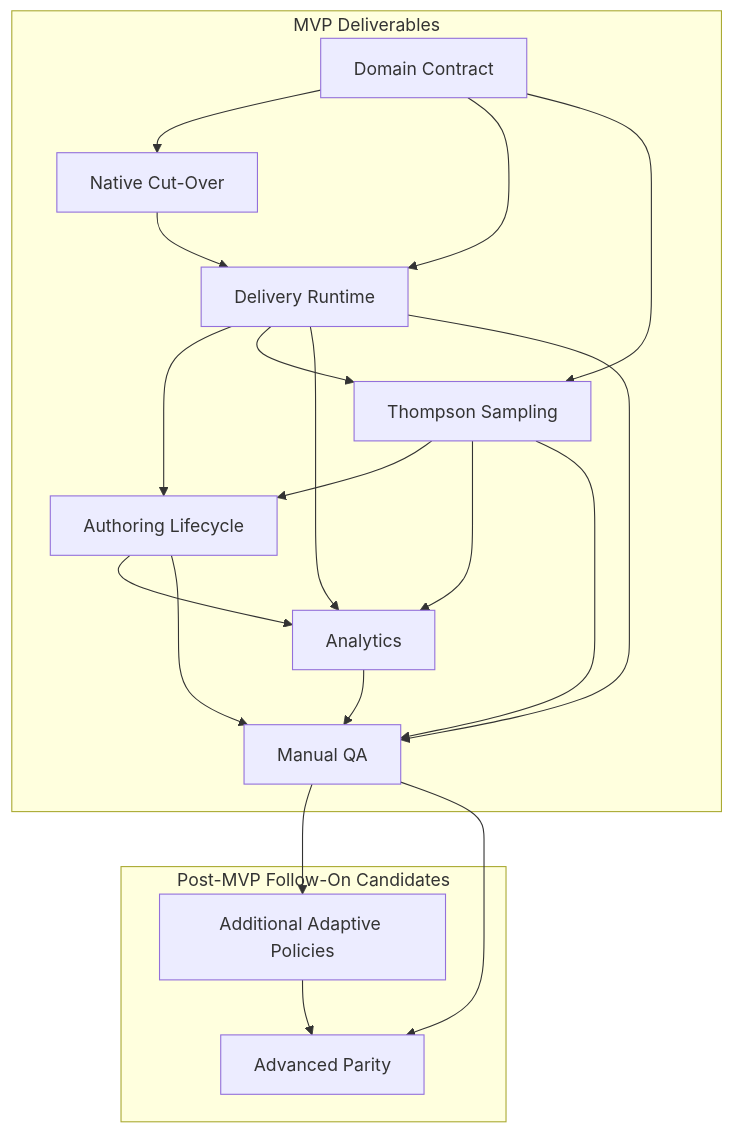
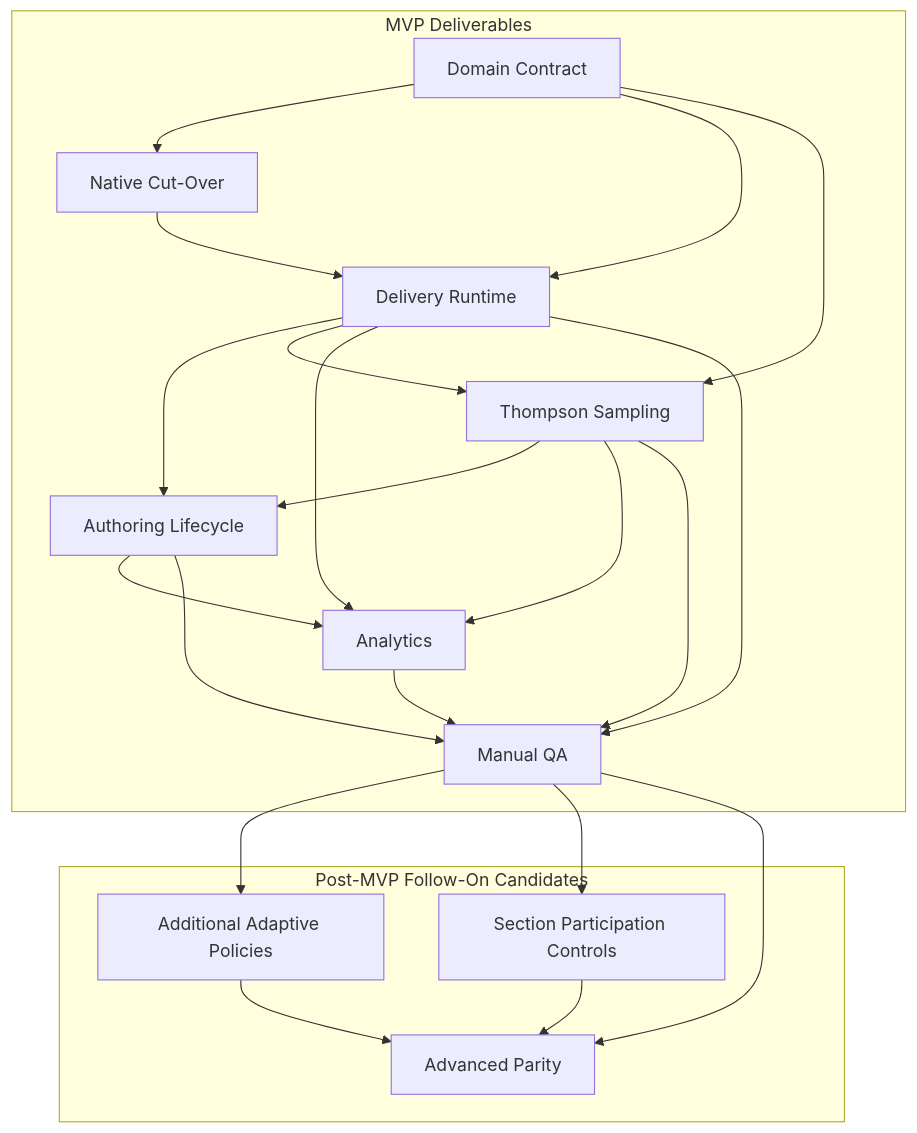
One commit to Simon-Initiative/oli-torus changed the diagram in docs/exec-plans/current/epics/ab_testing/plan.md. Above: the diagram before and after it, drawn with Mermaid. The commit also changed other lines of this file, not shown here.

Commit message:
document section-based participation constrols post-MVP

````diff
--- a/docs/exec-plans/current/epics/ab_testing/plan.md
+++ b/docs/exec-plans/current/epics/ab_testing/plan.md
@@ -397,35 +434,38 @@
 ```mermaid
 flowchart TD
   subgraph MVP["MVP Deliverables"]
   DOMAIN["Domain Contract"]
   CUTOVER["Native Cut-Over"]
   DELIVERY["Delivery Runtime"]
   TS["Thompson Sampling"]
   AUTHORING["Authoring Lifecycle"]
   ANALYTICS["Analytics"]
   QA["Manual QA"]
   end
 
   subgraph FOLLOWON["Post-MVP Follow-On Candidates"]
   ADAPTIVE["Additional Adaptive Policies"]
   PARITY["Advanced Parity"]
+  PARTICIPATION["Section Participation Controls"]
   end
 
   DOMAIN --> CUTOVER
   DOMAIN --> DELIVERY
   DOMAIN --> TS
   CUTOVER --> DELIVERY
   DELIVERY --> AUTHORING
   DELIVERY --> TS
   TS --> AUTHORING
   DELIVERY --> ANALYTICS
   TS --> ANALYTICS
   AUTHORING --> ANALYTICS
   DELIVERY --> QA
   TS --> QA
   AUTHORING --> QA
   ANALYTICS --> QA
   QA --> ADAPTIVE
+  QA --> PARTICIPATION
   QA --> PARITY
+  PARTICIPATION --> PARITY
   ADAPTIVE --> PARITY
 ```
````
